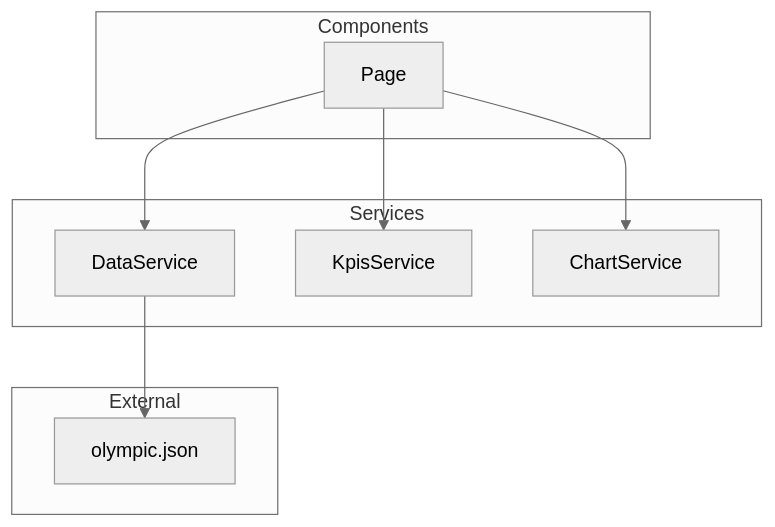
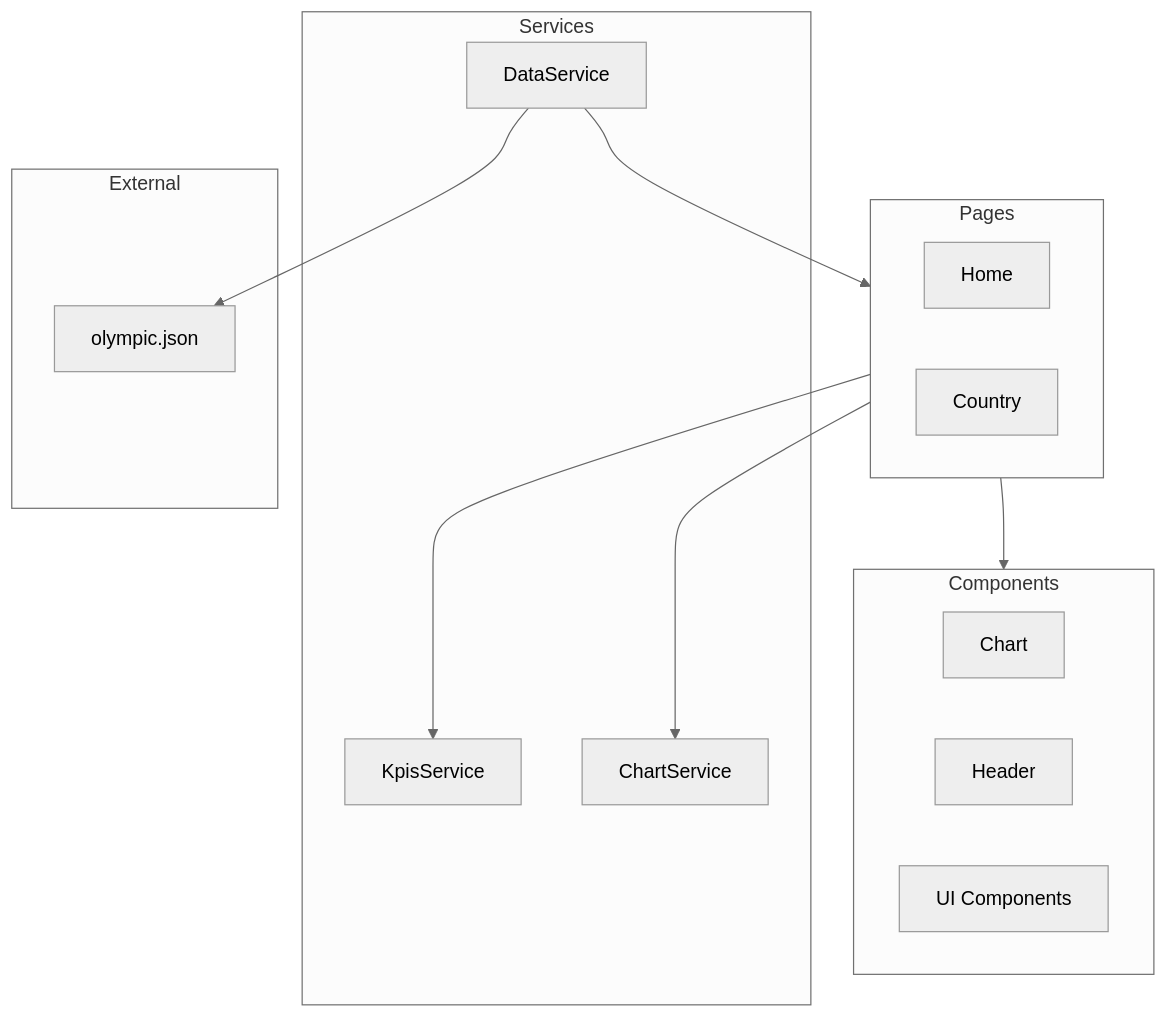
One commit to bartsam/OC-P2-Angular changed the diagram in ARCHITECTURE.md. Above: the diagram before and after it, drawn with Mermaid (neutral theme). The commit also changed other lines of this file and 4 other files, not shown here.

Commit message:
refactor: update kpis$, chart$ and titlePage$ via map() from a shared observable

````diff
--- a/ARCHITECTURE.md
+++ b/ARCHITECTURE.md
@@ -66,22 +66,30 @@
 ```mermaid
 graph TD
+  subgraph Pages
+    Home[Home]
+    Country[Country]
+  end
   subgraph Components
-    Pages[Page]
+    Chart[Chart]
+    Header[Header]
+    UI[UI Components]
   end
   subgraph Services
     DataService[DataService]
     KpisService[KpisService]
     ChartService[ChartService]
   end
 
   subgraph External
     JSON[olympic.json]
   end
 
 
-  Pages --> DataService
+  Pages --> Components
+  DataService --> Pages
   Pages --> ChartService
   Pages --> KpisService
 
+
   DataService --> JSON
 ```
````
